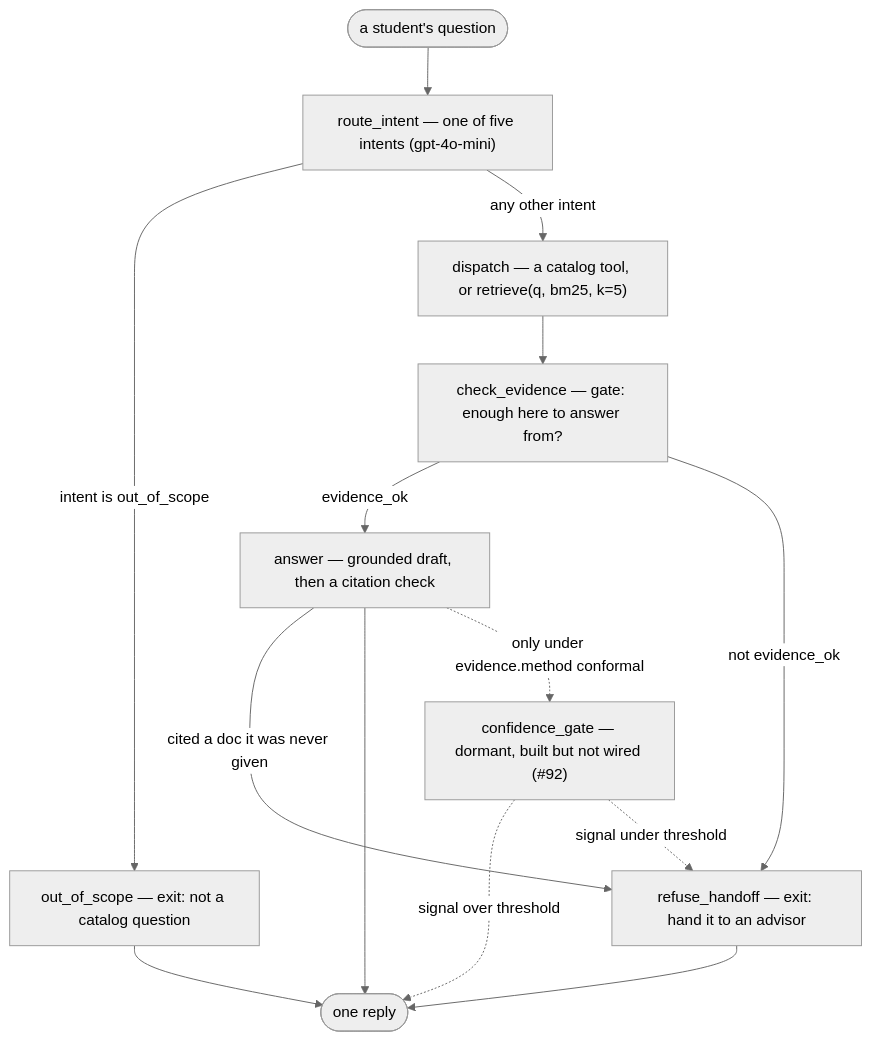
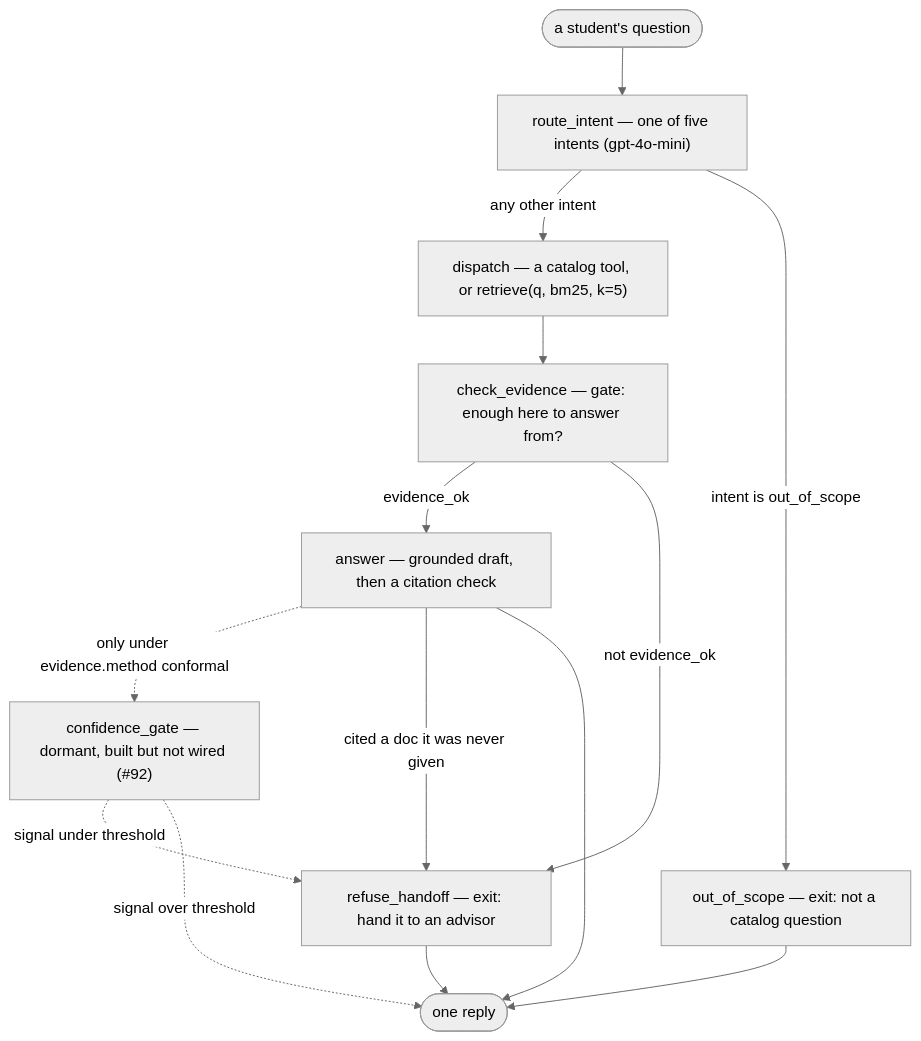
One commit to egao28/course-agent changed the diagram in report/README.md. Above: the diagram before and after it, drawn with Mermaid (neutral theme). The commit also changed other lines of this file and 1 other file, not shown here.

````diff
--- a/report/README.md
+++ b/report/README.md
@@ -53,26 +59,26 @@
 ```mermaid
 flowchart TD
     query(["a student's question"])
     route_intent["route_intent — one of five intents (gpt-4o-mini)"]
-    out_of_scope["out_of_scope — exit: not a catalog question"]
     dispatch["dispatch — a catalog tool, or retrieve(q, bm25, k=5)"]
     check_evidence["check_evidence — gate: enough here to answer from?"]
     answer["answer — grounded draft, then a citation check"]
     confidence_gate["confidence_gate — dormant, built but not wired (#92)"]
+    out_of_scope["out_of_scope — exit: not a catalog question"]
     refuse_handoff["refuse_handoff — exit: hand it to an advisor"]
     reply(["one reply"])
 
     query --> route_intent
+    route_intent -->|any other intent| dispatch
     route_intent -->|intent is out_of_scope| out_of_scope
-    route_intent -->|any other intent| dispatch
     dispatch --> check_evidence
     check_evidence -->|evidence_ok| answer
     check_evidence -->|not evidence_ok| refuse_handoff
+    answer -.->|only under evidence.method conformal| confidence_gate
     answer -->|cited a doc it was never given| refuse_handoff
     answer --> reply
-    answer -.->|only under evidence.method conformal| confidence_gate
+    confidence_gate -.->|signal under threshold| refuse_handoff
     confidence_gate -.->|signal over threshold| reply
-    confidence_gate -.->|signal under threshold| refuse_handoff
     out_of_scope --> reply
     refuse_handoff --> reply
 ```
````
